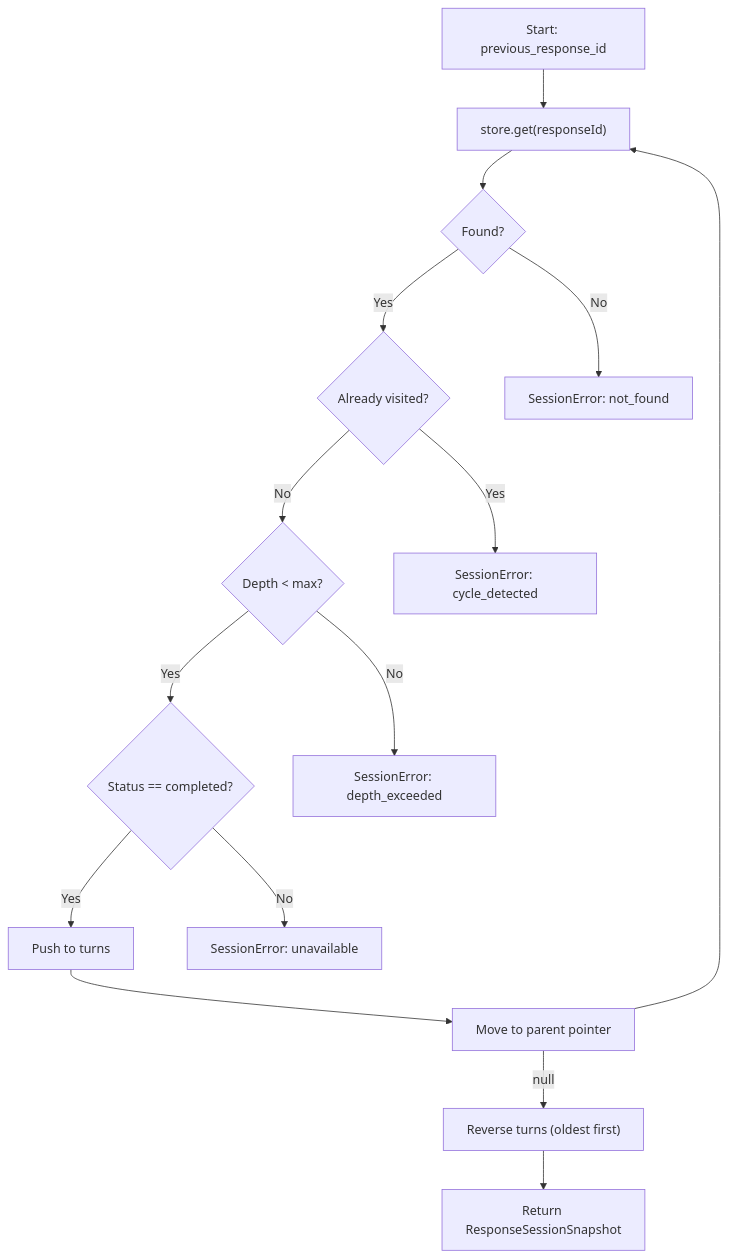
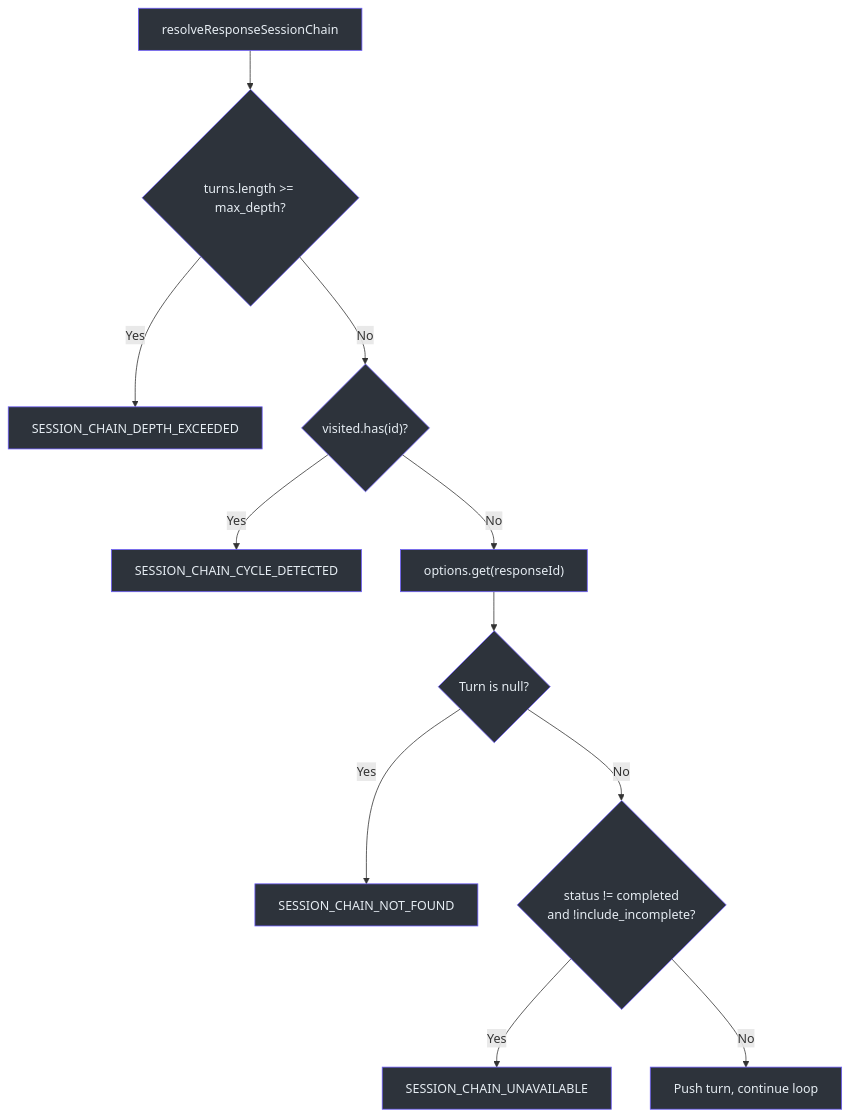
One commit to zamelee/GodeX changed the third of 3 diagrams in wiki/04-session-management/chain-resolution.md. Above: the diagram before and after it, drawn with Mermaid. The commit also changed other lines of this file and 120 other files, not shown here.

Commit message:
docs: comprehensive VitePress wiki with dark theme, EN/ZH sync, and Mermaid fixes (#118)

````diff
--- a/wiki/04-session-management/chain-resolution.md
+++ b/wiki/04-session-management/chain-resolution.md
@@ -13,25 +149,25 @@
 ```mermaid
 flowchart TD
-  START["Start: previous_response_id"]
-  GET["store.get(responseId)"]
-  FOUND{"Found?"}
-  CYCLE{"Already visited?"}
-  DEPTH{"Depth < max?"}
-  STATUS{"Status == completed?"}
-  PUSH["Push to turns"]
-  PARENT["Move to parent pointer"]
-  REVERSE["Reverse turns (oldest first)"]
-  RESULT["Return ResponseSessionSnapshot"]
+    resolve["resolveResponseSessionChain"] --> depth{"turns.length >= max_depth?"}
+    depth -->|Yes| d_err["SESSION_CHAIN_DEPTH_EXCEEDED"]
+    depth -->|No| cycle{"visited.has(id)?"}
+    cycle -->|Yes| c_err["SESSION_CHAIN_CYCLE_DETECTED"]
+    cycle -->|No| fetch["options.get(responseId)"]
+    fetch --> missing{"Turn is null?"}
+    missing -->|Yes| m_err["SESSION_CHAIN_NOT_FOUND"]
+    missing -->|No| status{"status != completed<br>and !include_incomplete?"}
+    status -->|Yes| s_err["SESSION_CHAIN_UNAVAILABLE"]
+    status -->|No| push["Push turn, continue loop"]
 
-  START --> GET
-  GET --> FOUND
-  FOUND -->|No| ERR404["SessionError: not_found"]
-  FOUND -->|Yes| CYCLE
-  CYCLE -->|Yes| ERR_CYCLE["SessionError: cycle_detected"]
-  CYCLE -->|No| DEPTH
-  DEPTH -->|No| ERR_DEPTH["SessionError: depth_exceeded"]
-  DEPTH -->|Yes| STATUS
-  STATUS -->|No| ERR_UNAVAIL["SessionError: unavailable"]
-  STATUS -->|Yes| PUSH --> PARENT --> GET
-  PARENT -->|null| REVERSE --> RESULT
+    style resolve fill:#2d333b,stroke:#6d5dfc,color:#e6edf3
+    style depth fill:#2d333b,stroke:#6d5dfc,color:#e6edf3
+    style cycle fill:#2d333b,stroke:#6d5dfc,color:#e6edf3
+    style fetch fill:#2d333b,stroke:#6d5dfc,color:#e6edf3
+    style missing fill:#2d333b,stroke:#6d5dfc,color:#e6edf3
+    style status fill:#2d333b,stroke:#6d5dfc,color:#e6edf3
+    style push fill:#2d333b,stroke:#6d5dfc,color:#e6edf3
+    style d_err fill:#2d333b,stroke:#6d5dfc,color:#e6edf3
+    style c_err fill:#2d333b,stroke:#6d5dfc,color:#e6edf3
+    style m_err fill:#2d333b,stroke:#6d5dfc,color:#e6edf3
+    style s_err fill:#2d333b,stroke:#6d5dfc,color:#e6edf3
 ```
````
